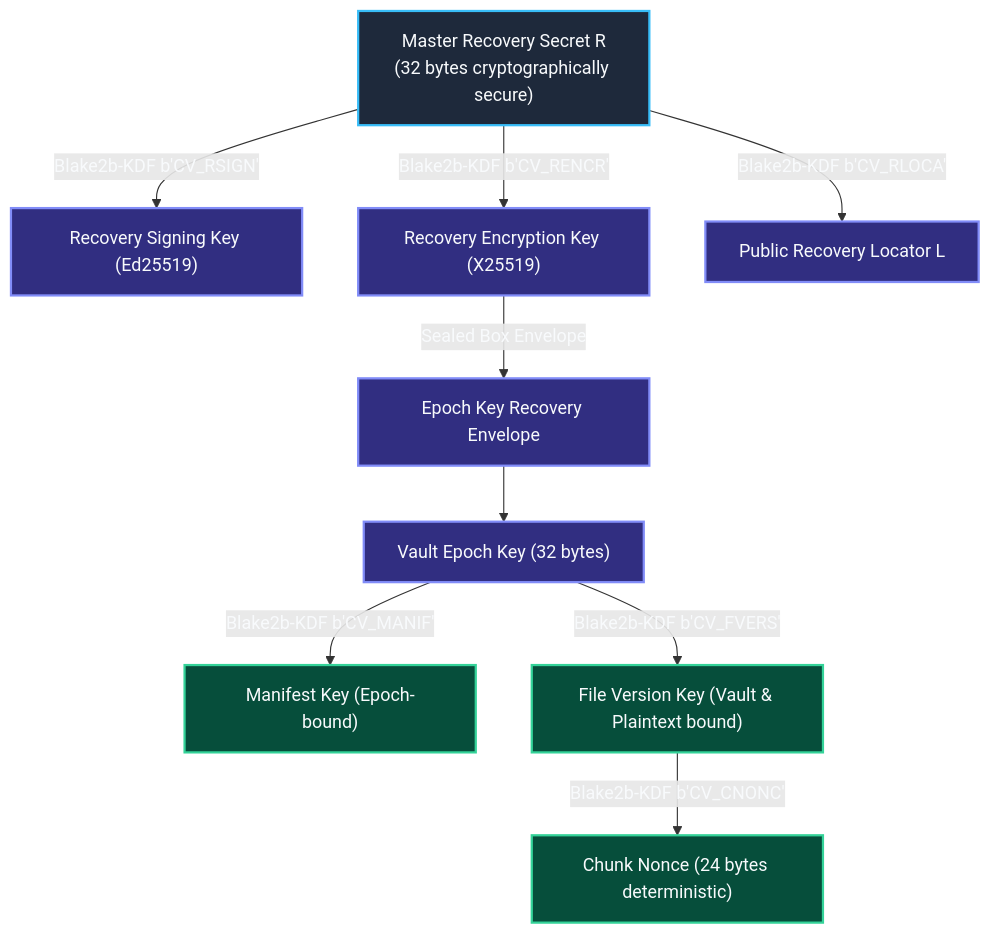
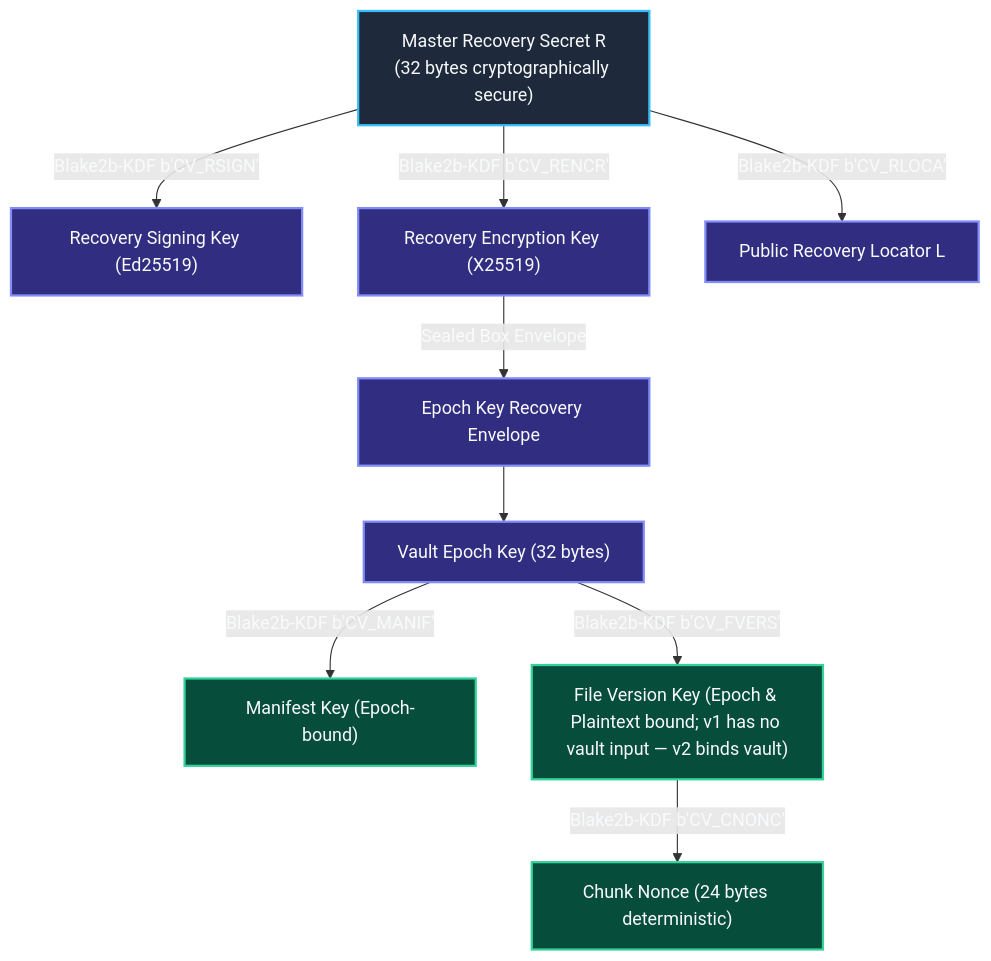
One commit to samuel-1-avson/CipherVault changed the diagram in docs/CRYPTOGRAPHIC_AUDIT_SPECIFICATION.md. Above: the diagram before and after it, drawn with Mermaid. The commit also changed other lines of this file and 9 other files, not shown here.

````diff
--- a/docs/CRYPTOGRAPHIC_AUDIT_SPECIFICATION.md
+++ b/docs/CRYPTOGRAPHIC_AUDIT_SPECIFICATION.md
@@ -35,23 +35,23 @@
 ```mermaid
 graph TD
     R["Master Recovery Secret R\n(32 bytes cryptographically secure)"]
     
     R -->|Blake2b-KDF b'CV_RSIGN'| RSK["Recovery Signing Key (Ed25519)"]
     R -->|Blake2b-KDF b'CV_RENCR'| REK["Recovery Encryption Key (X25519)"]
     R -->|Blake2b-KDF b'CV_RLOCA'| LOC["Public Recovery Locator L"]
     
     REK -->|Sealed Box Envelope| ENV["Epoch Key Recovery Envelope"]
     ENV --> VEK["Vault Epoch Key (32 bytes)"]
     
     VEK -->|Blake2b-KDF b'CV_MANIF'| MK["Manifest Key (Epoch-bound)"]
-    VEK -->|Blake2b-KDF b'CV_FVERS'| FVK["File Version Key (Vault & Plaintext bound)"]
+    VEK -->|Blake2b-KDF b'CV_FVERS'| FVK["File Version Key (Epoch & Plaintext bound; v1 has no vault input — v2 binds vault)"]
     FVK -->|Blake2b-KDF b'CV_CNONC'| NONCE["Chunk Nonce (24 bytes deterministic)"]
 
     classDef root fill:#1e293b,stroke:#38bdf8,stroke-width:2px,color:#f8fafc;
     classDef key fill:#312e81,stroke:#818cf8,stroke-width:2px,color:#f8fafc;
     classDef derived fill:#064e3b,stroke:#34d399,stroke-width:2px,color:#f8fafc;
 
     class R root;
     class RSK,REK,LOC,ENV,VEK key;
     class MK,FVK,NONCE derived;
 ```
````
